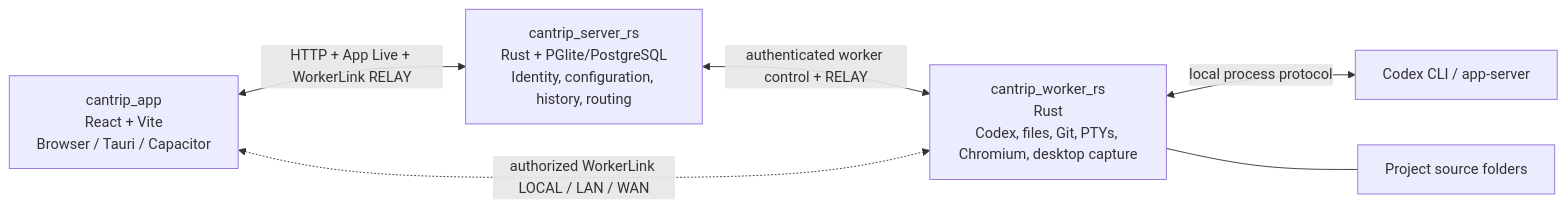
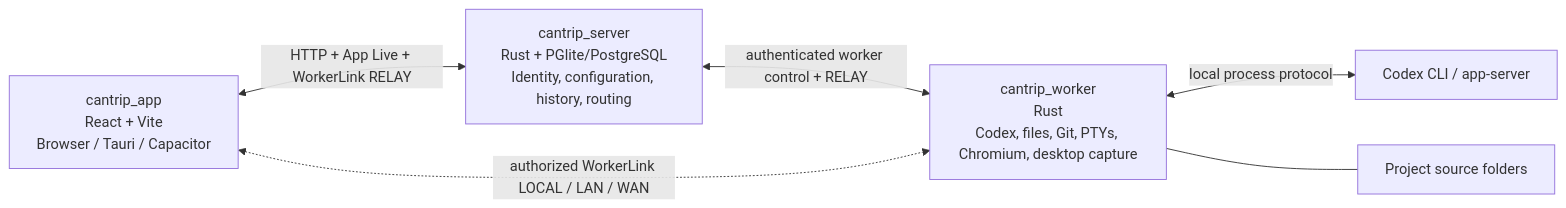
One commit to ArcaneArts/Cantrip changed the diagram in README.md. Above: the diagram before and after it, drawn with Mermaid. The commit also changed other lines of this file and 2226 other files, not shown here.

````diff
--- a/README.md
+++ b/README.md
@@ -172,14 +172,14 @@
 ```mermaid
 flowchart LR
     APP["cantrip_app<br/>React + Vite<br/>Browser / Tauri / Capacitor"]
-    SERVER["cantrip_server_rs<br/>Rust + PGlite/PostgreSQL<br/>Identity, configuration, history, routing"]
-    WORKER["cantrip_worker_rs<br/>Rust<br/>Codex, files, Git, PTYs, Chromium, desktop capture"]
+    SERVER["cantrip_server<br/>Rust + PGlite/PostgreSQL<br/>Identity, configuration, history, routing"]
+    WORKER["cantrip_worker<br/>Rust<br/>Codex, files, Git, PTYs, Chromium, desktop capture"]
     CODEX["Codex CLI / app-server"]
     FILES["Project source folders"]
 
     APP <-->|"HTTP + App Live + WorkerLink RELAY"| SERVER
     SERVER <-->|"authenticated worker control + RELAY"| WORKER
     APP <-.->|"authorized WorkerLink LOCAL / LAN / WAN"| WORKER
     WORKER <-->|"local process protocol"| CODEX
     WORKER --- FILES
 ```
````
